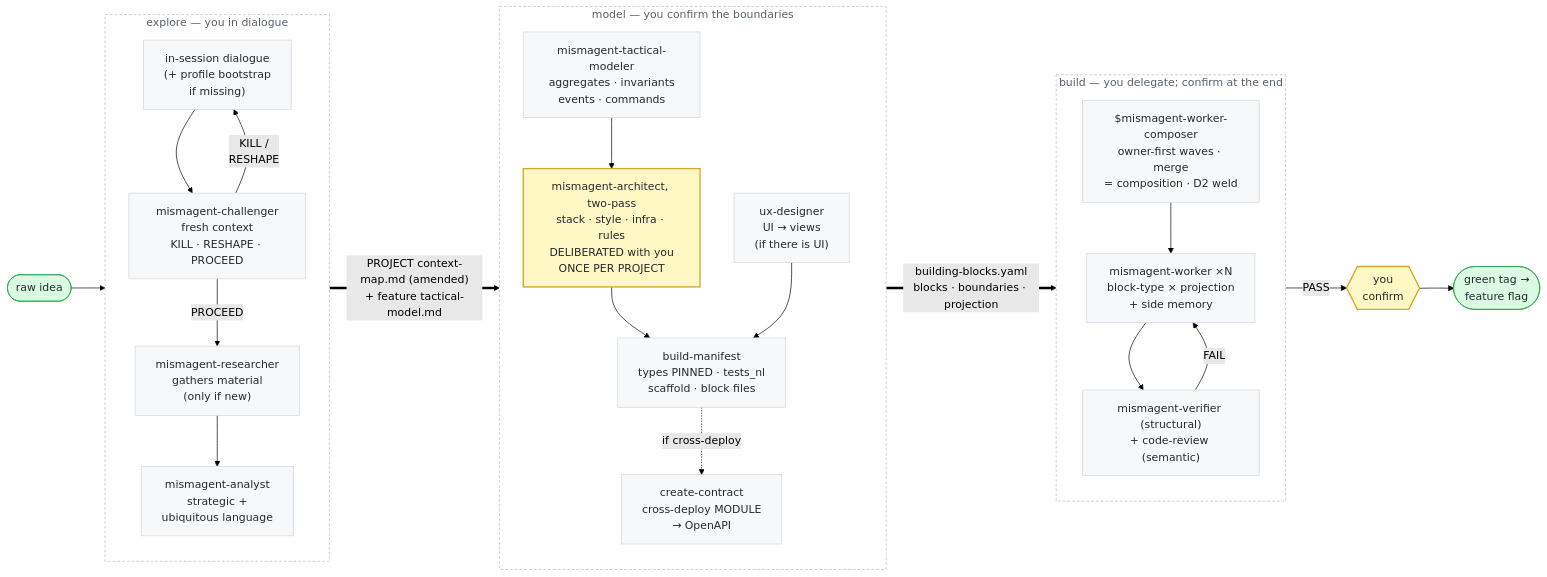
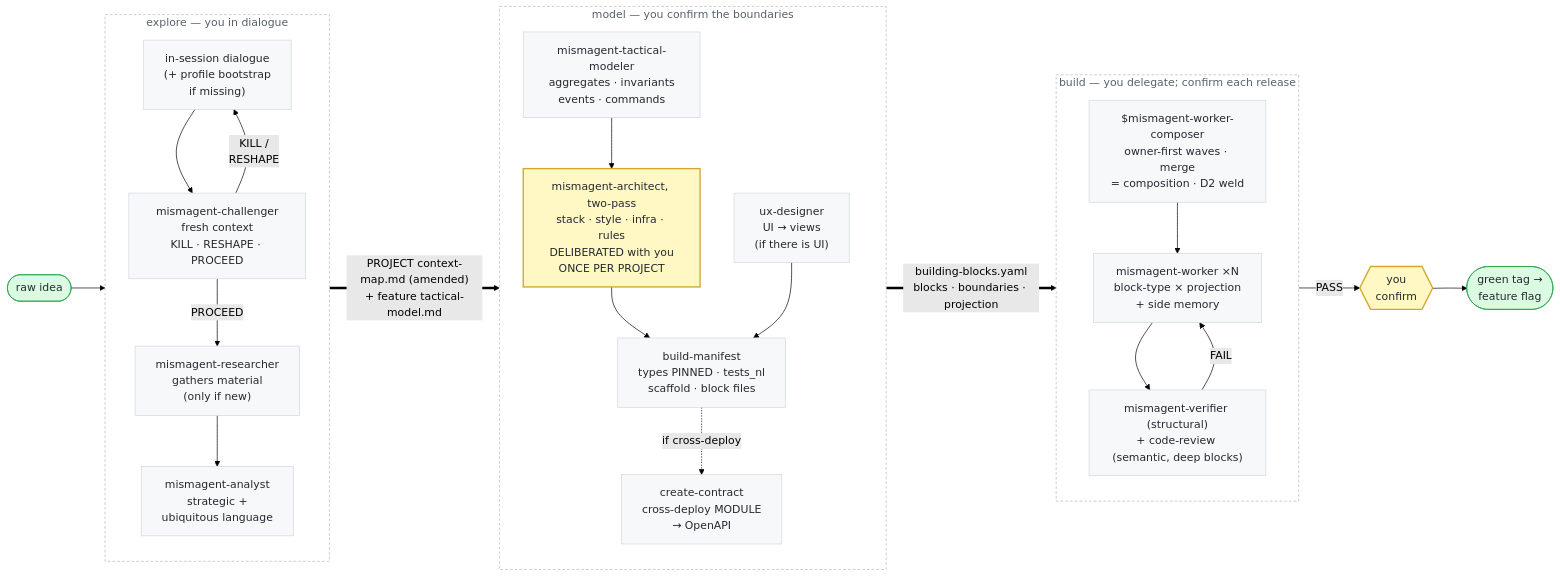
The diagram in codex/AGENTS.md (lucolucus/mismagent), drawn with Mermaid (forest theme) before and after one commit. The commit also changed other lines of this file and 46 other files, not shown here.

````diff
--- a/codex/AGENTS.md
+++ b/codex/AGENTS.md
@@ -67,49 +67,49 @@
 ```mermaid
 flowchart LR
     subgraph EX["explore — you in dialogue"]
         direction TB
         dlg["in-session dialogue<br/>(+ profile bootstrap<br/>if missing)"]
         chal["mismagent-challenger<br/>fresh context<br/>KILL · RESHAPE · PROCEED"]
         res["mismagent-researcher<br/>gathers material<br/>(only if new)"]
         ana["mismagent-analyst<br/>strategic +<br/>ubiquitous language"]
         dlg --> chal
         chal -- "KILL /<br/>RESHAPE" --> dlg
         chal -- PROCEED --> res --> ana
     end
 
     subgraph MO["model — you confirm the boundaries"]
         direction TB
         tact["mismagent-tactical-modeler<br/>aggregates · invariants<br/>events · commands"]
         ux["ux-designer<br/>UI → views<br/>(if there is UI)"]
         arch["mismagent-architect, two-pass<br/>stack · style · infra · rules<br/>DELIBERATED with you<br/>ONCE PER PROJECT"]
         bman["build-manifest<br/>types PINNED · tests_nl<br/>scaffold · block files"]
         ccon["create-contract<br/>cross-deploy MODULE<br/>→ OpenAPI"]
         tact --> arch --> bman
         ux --> bman
         bman -. "if cross-deploy" .-> ccon
     end
 
-    subgraph BU["build — you delegate; confirm at the end"]
+    subgraph BU["build — you delegate; confirm each release"]
         direction TB
         comp["$mismagent-worker-composer<br/>owner-first waves · merge<br/>= composition · D2 weld"]
         wrk["mismagent-worker ×N<br/>block-type × projection<br/>+ side memory"]
-        ver["mismagent-verifier (structural)<br/>+ code-review (semantic)"]
+        ver["mismagent-verifier (structural)<br/>+ code-review (semantic, deep blocks)"]
         comp --> wrk --> ver
         ver -- FAIL --> wrk
     end
 
     idea([raw idea]) --> dlg
     ana == "PROJECT context-map.md (amended)<br/>+ feature tactical-model.md" ==> tact
     bman == "building-blocks.yaml<br/>blocks · boundaries · projection" ==> comp
     ver -- PASS --> conf{{"you<br/>confirm"}}
     conf --> rel([green tag →<br/>feature flag])
 
     classDef human fill:#fff8c5,stroke:#d4a72c,stroke-width:2px,color:#24292f
     classDef step fill:#f6f8fa,stroke:#d0d7de,color:#24292f
     classDef term fill:#dafbe1,stroke:#2da44e,color:#24292f
     classDef movement fill:#ffffff,stroke:#afb8c1,stroke-dasharray:4 3,color:#57606a
     class arch,conf human
     class dlg,chal,res,ana,tact,ux,bman,ccon,comp,wrk,ver step
     class idea,rel term
     class EX,MO,BU movement
 ```
````
